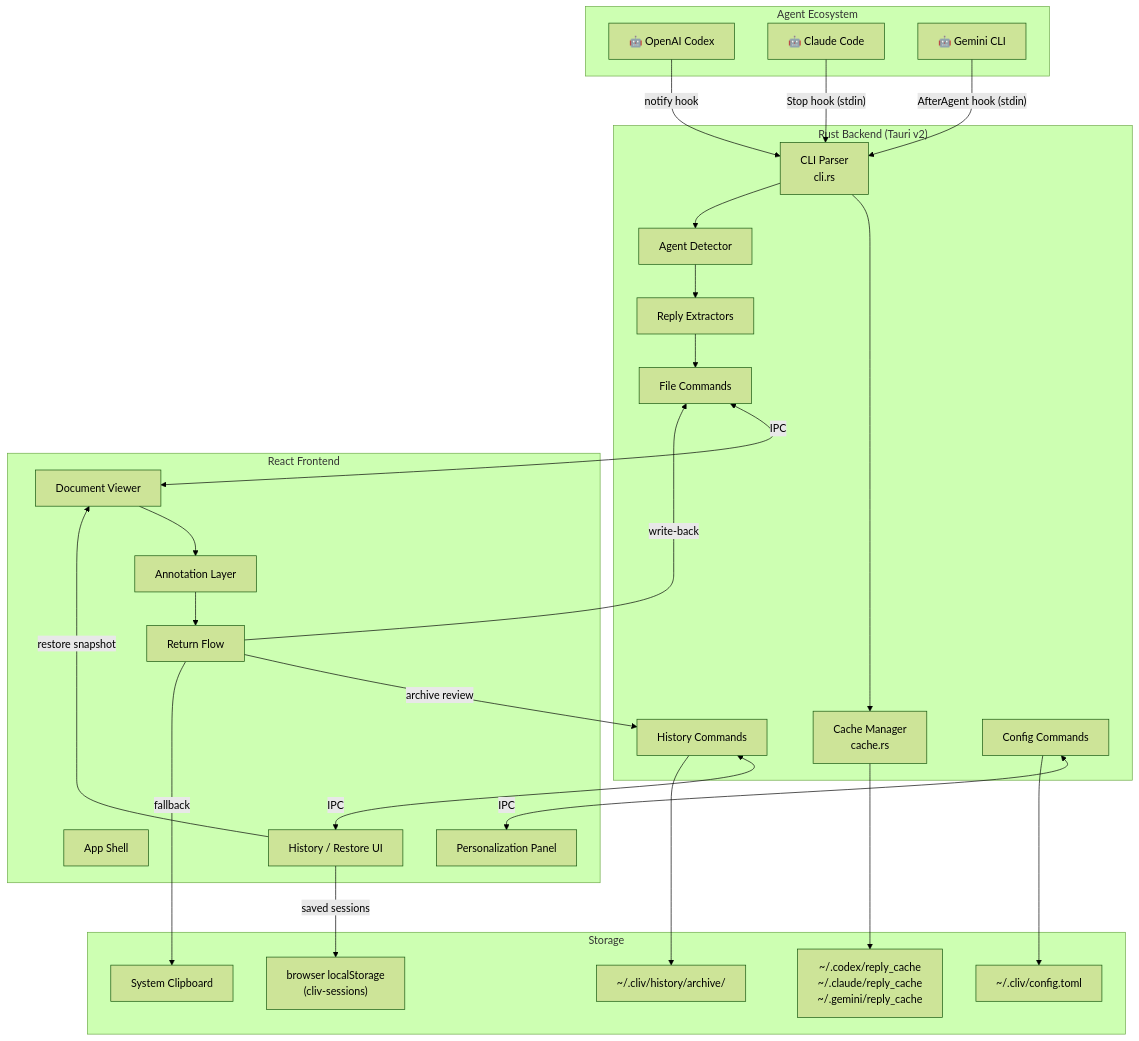
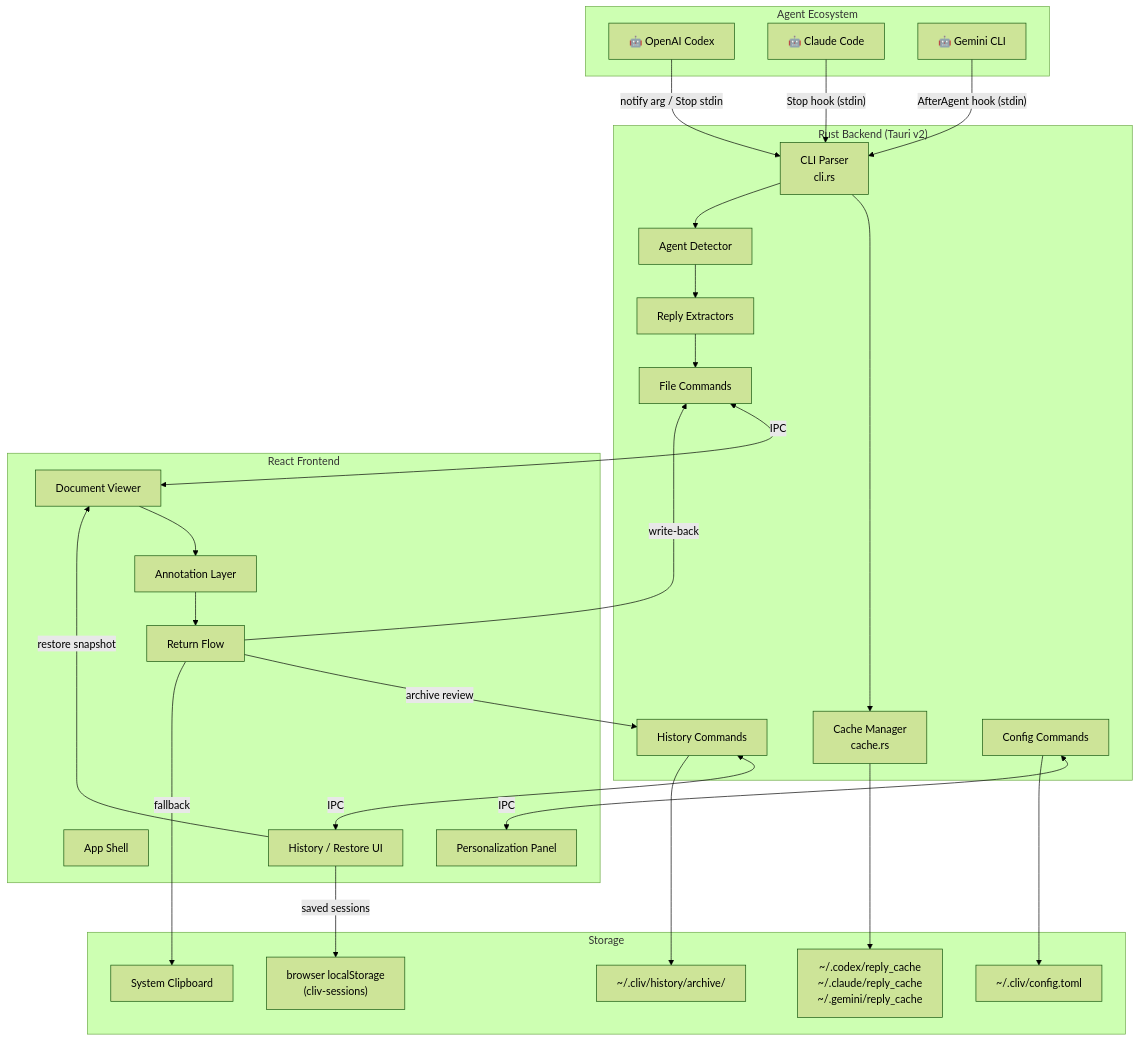
The first of 22 diagrams in docs/demo/demo.md (BobDLA/cliv), drawn with Mermaid (forest theme) before and after one commit. The commit also changed other lines of this file and 22 other files, not shown here.

````diff
--- a/docs/demo/demo.md
+++ b/docs/demo/demo.md
@@ -61,59 +61,59 @@
 ```mermaid
 graph TB
     subgraph "Agent Ecosystem"
         CODEX["🤖 OpenAI Codex"]
         CLAUDE["🤖 Claude Code"]
         GEMINI["🤖 Gemini CLI"]
     end
 
     subgraph "Rust Backend (Tauri v2)"
         CLI["CLI Parser<br/>cli.rs"]
         CACHE["Cache Manager<br/>cache.rs"]
         DETECT["Agent Detector"]
         EXTRACT["Reply Extractors"]
         CMD_FILES["File Commands"]
         CMD_HIST["History Commands"]
         CMD_CFG["Config Commands"]
     end
 
     subgraph "React Frontend"
         APP["App Shell"]
         DOC["Document Viewer"]
         ANN["Annotation Layer"]
         RET["Return Flow"]
         NAV["History / Restore UI"]
         PREFS["Personalization Panel"]
     end
 
     subgraph "Storage"
         FS_CACHE["~/.codex/reply_cache<br/>~/.claude/reply_cache<br/>~/.gemini/reply_cache"]
         LS_SESS["browser localStorage<br/>(cliv-sessions)"]
         FS_HIST["~/.cliv/history/archive/"]
         FS_CFG["~/.cliv/config.toml"]
         CLIPBOARD["System Clipboard"]
     end
 
-    CODEX -->|"notify hook"| CLI
+    CODEX -->|"notify arg / Stop stdin"| CLI
     CLAUDE -->|"Stop hook (stdin)"| CLI
     GEMINI -->|"AfterAgent hook (stdin)"| CLI
 
     CLI --> CACHE
     CLI --> DETECT
     DETECT --> EXTRACT
     EXTRACT --> CMD_FILES
 
     CMD_FILES <-->|"IPC"| DOC
     CMD_HIST <-->|"IPC"| NAV
     CMD_CFG <-->|"IPC"| PREFS
     CACHE --> FS_CACHE
     NAV -->|"saved sessions"| LS_SESS
     CMD_HIST --> FS_HIST
     CMD_CFG --> FS_CFG
 
     NAV -->|"restore snapshot"| DOC
     DOC --> ANN
     ANN --> RET
     RET -->|"write-back"| CMD_FILES
     RET -->|"archive review"| CMD_HIST
     RET -->|"fallback"| CLIPBOARD
 ```
````
